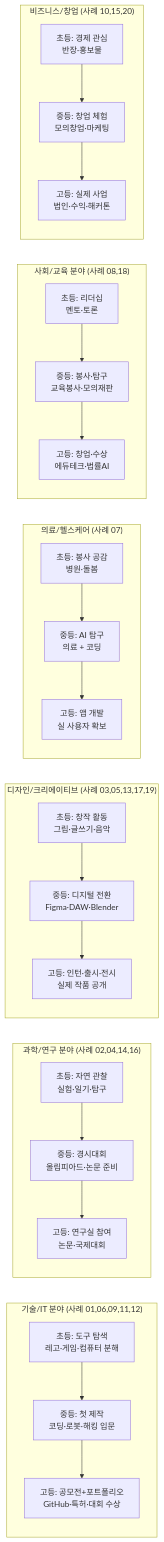
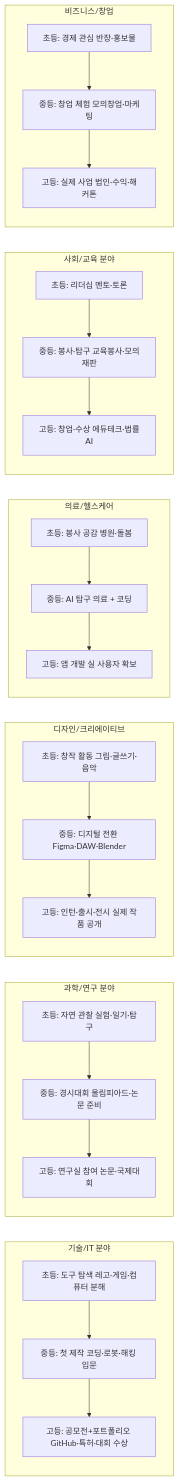
The second of 12 diagrams in 커리어패스_20대_우수사례_벤치마킹_v2.md (Collegenie-X/AI-career-path), drawn with Mermaid before and after one commit. The commit also changed other lines of this file and 7 other files, not shown here.

````diff
--- a/커리어패스_20대_우수사례_벤치마킹_v2.md
+++ b/커리어패스_20대_우수사례_벤치마킹_v2.md
@@ -71,21 +71,21 @@
 ```mermaid
 flowchart LR
-    subgraph IT["기술/IT 분야 (사례 01,06,09,11,12)"]
-        IT1["초등: 도구 탐색<br>레고·게임·컴퓨터 분해"] --> IT2["중등: 첫 제작<br>코딩·로봇·해킹 입문"] --> IT3["고등: 공모전+포트폴리오<br>GitHub·특허·대회 수상"]
+    subgraph IT["기술/IT 분야"]
+        IT1["초등: 도구 탐색 레고·게임·컴퓨터 분해"] --> IT2["중등: 첫 제작 코딩·로봇·해킹 입문"] --> IT3["고등: 공모전+포트폴리오 GitHub·특허·대회 수상"]
     end
-    subgraph SCI["과학/연구 분야 (사례 02,04,14,16)"]
-        SCI1["초등: 자연 관찰<br>실험·일기·탐구"] --> SCI2["중등: 경시대회<br>올림피아드·논문 준비"] --> SCI3["고등: 연구실 참여<br>논문·국제대회"]
+    subgraph SCI["과학/연구 분야 "]
+        SCI1["초등: 자연 관찰 실험·일기·탐구"] --> SCI2["중등: 경시대회 올림피아드·논문 준비"] --> SCI3["고등: 연구실 참여 논문·국제대회"]
     end
-    subgraph DES["디자인/크리에이티브 (사례 03,05,13,17,19)"]
-        DES1["초등: 창작 활동<br>그림·글쓰기·음악"] --> DES2["중등: 디지털 전환<br>Figma·DAW·Blender"] --> DES3["고등: 인턴·출시·전시<br>실제 작품 공개"]
+    subgraph DES["디자인/크리에이티브 "]
+        DES1["초등: 창작 활동 그림·글쓰기·음악"] --> DES2["중등: 디지털 전환 Figma·DAW·Blender"] --> DES3["고등: 인턴·출시·전시 실제 작품 공개"]
     end
-    subgraph MED["의료/헬스케어 (사례 07)"]
-        MED1["초등: 봉사 공감<br>병원·돌봄"] --> MED2["중등: AI 탐구<br>의료 + 코딩"] --> MED3["고등: 앱 개발<br>실 사용자 확보"]
+    subgraph MED["의료/헬스케어 "]
+        MED1["초등: 봉사 공감 병원·돌봄"] --> MED2["중등: AI 탐구 의료 + 코딩"] --> MED3["고등: 앱 개발 실 사용자 확보"]
     end
-    subgraph EDU["사회/교육 분야 (사례 08,18)"]
-        EDU1["초등: 리더십<br>멘토·토론"] --> EDU2["중등: 봉사·탐구<br>교육봉사·모의재판"] --> EDU3["고등: 창업·수상<br>에듀테크·법률AI"]
+    subgraph EDU["사회/교육 분야 "]
+        EDU1["초등: 리더십 멘토·토론"] --> EDU2["중등: 봉사·탐구 교육봉사·모의재판"] --> EDU3["고등: 창업·수상 에듀테크·법률AI"]
     end
-    subgraph BIZ["비즈니스/창업 (사례 10,15,20)"]
-        BIZ1["초등: 경제 관심<br>반장·홍보물"] --> BIZ2["중등: 창업 체험<br>모의창업·마케팅"] --> BIZ3["고등: 실제 사업<br>법인·수익·해커톤"]
+    subgraph BIZ["비즈니스/창업 "]
+        BIZ1["초등: 경제 관심 반장·홍보물"] --> BIZ2["중등: 창업 체험 모의창업·마케팅"] --> BIZ3["고등: 실제 사업 법인·수익·해커톤"]
     end
 ```
````
